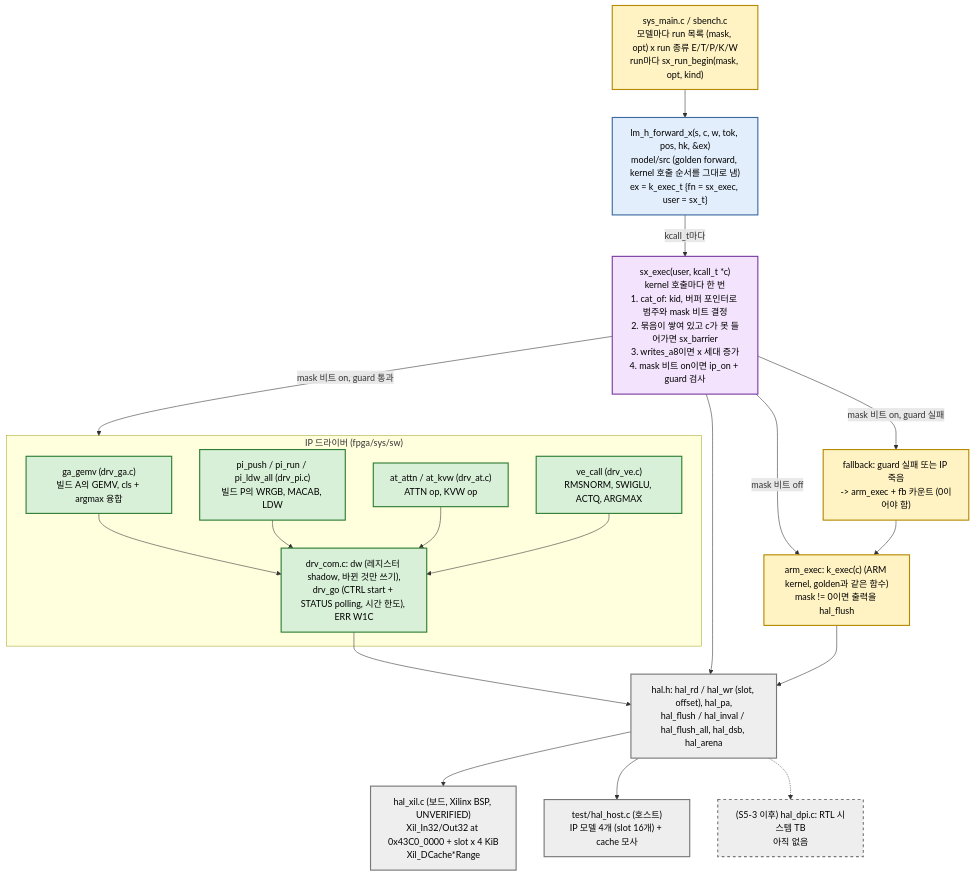
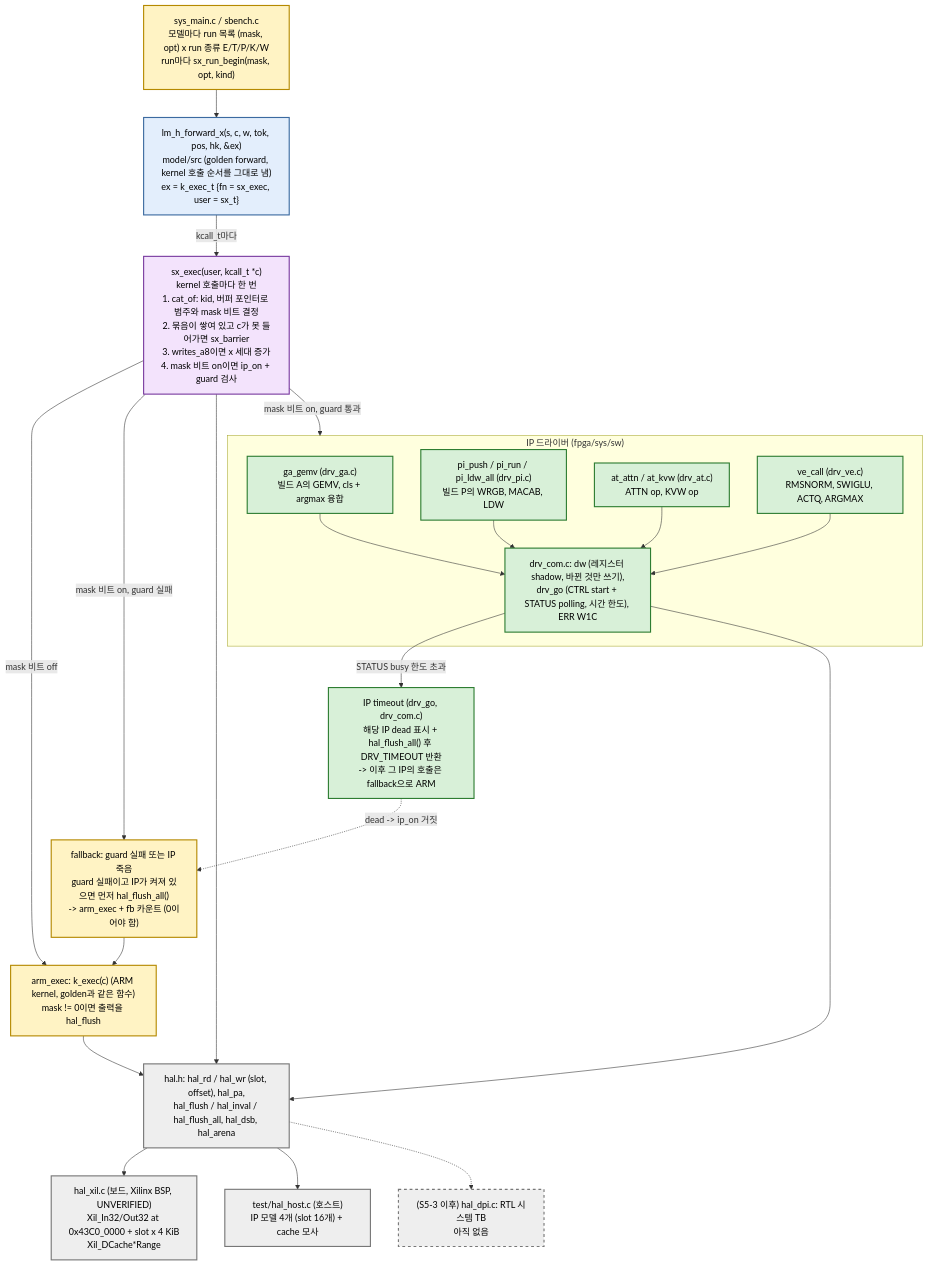
One commit to oerreo/HW_Projects changed the first of 4 diagrams in progress/llm-pim-soc/docs/diagrams/sw_executor.md. Above: the diagram before and after it, drawn with Mermaid. The commit also changed other lines of this file and 115 other files, not shown here.

Commit message:
docs: system TB run table, executor cache rule, nand-ecc plan diagram, log sync

````diff
--- a/progress/llm-pim-soc/docs/diagrams/sw_executor.md
+++ b/progress/llm-pim-soc/docs/diagrams/sw_executor.md
@@ -9,48 +9,51 @@
 ```mermaid
 flowchart TD
     main["sys_main.c / sbench.c<br/>모델마다 run 목록 (mask, opt) x run 종류 E/T/P/K/W<br/>run마다 sx_run_begin(mask, opt, kind)"]:::arm
 
     fwd["lm_h_forward_x(s, c, w, tok, pos, hk, &ex)<br/>model/src (golden forward, kernel 호출 순서를 그대로 냄)<br/>ex = k_exec_t {fn = sx_exec, user = sx_t}"]:::golden
 
     exec["sx_exec(user, kcall_t *c)<br/>kernel 호출마다 한 번<br/>1. cat_of: kid, 버퍼 포인터로 범주와 mask 비트 결정<br/>2. 묶음이 쌓여 있고 c가 못 들어가면 sx_barrier<br/>3. writes_a8이면 x 세대 증가<br/>4. mask 비트 on이면 ip_on + guard 검사"]:::exec
 
     arm_k["arm_exec: k_exec(c) (ARM kernel, golden과 같은 함수)<br/>mask != 0이면 출력을 hal_flush"]:::arm
-    fb["fallback: guard 실패 또는 IP 죽음<br/>-> arm_exec + fb 카운트 (0이어야 함)"]:::arm
+    fb["fallback: guard 실패 또는 IP 죽음<br/>guard 실패이고 IP가 켜져 있으면 먼저 hal_flush_all()<br/>-> arm_exec + fb 카운트 (0이어야 함)"]:::arm
+    tmo["IP timeout (drv_go, drv_com.c)<br/>해당 IP dead 표시 + hal_flush_all() 후 DRV_TIMEOUT 반환<br/>-> 이후 그 IP의 호출은 fallback으로 ARM"]:::drv
 
     subgraph DRV["IP 드라이버 (fpga/sys/sw)"]
         ga["ga_gemv (drv_ga.c)<br/>빌드 A의 GEMV, cls + argmax 융합"]:::drv
         pi["pi_push / pi_run / pi_ldw_all (drv_pi.c)<br/>빌드 P의 WRGB, MACAB, LDW"]:::drv
         at["at_attn / at_kvw (drv_at.c)<br/>ATTN op, KVW op"]:::drv
         ve["ve_call (drv_ve.c)<br/>RMSNORM, SWIGLU, ACTQ, ARGMAX"]:::drv
         com["drv_com.c: dw (레지스터 shadow, 바뀐 것만 쓰기),<br/>drv_go (CTRL start + STATUS polling, 시간 한도), ERR W1C"]:::drv
     end
 
     hal["hal.h: hal_rd / hal_wr (slot, offset), hal_pa,<br/>hal_flush / hal_inval / hal_flush_all, hal_dsb, hal_arena"]:::hal
     xil["hal_xil.c (보드, Xilinx BSP, UNVERIFIED)<br/>Xil_In32/Out32 at 0x43C0_0000 + slot x 4 KiB<br/>Xil_DCache*Range"]:::hal
     host["test/hal_host.c (호스트)<br/>IP 모델 4개 (slot 16개) + cache 모사"]:::hal
     rtl["(S5-3 이후) hal_dpi.c: RTL 시스템 TB<br/>아직 없음"]:::plan
 
     main --> fwd
     fwd -->|"kcall_t마다"| exec
     exec -->|"mask 비트 off"| arm_k
     exec -->|"mask 비트 on, guard 통과"| DRV
     exec -->|"mask 비트 on, guard 실패"| fb
+    com -->|"STATUS busy 한도 초과"| tmo
+    tmo -.->|"dead -> ip_on 거짓"| fb
     fb --> arm_k
     ga --> com
     pi --> com
     at --> com
     ve --> com
     com --> hal
     exec --> hal
     arm_k --> hal
     hal --> xil
     hal --> host
     hal -.-> rtl
 
     classDef arm fill:#fff3c4,stroke:#b58900,stroke-width:2px,color:#000
     classDef golden fill:#e3eefc,stroke:#3b6aa0,stroke-width:2px,color:#000
     classDef exec fill:#f3e3fc,stroke:#7a3ba0,stroke-width:2px,color:#000
     classDef drv fill:#d8f0d8,stroke:#2e7d32,stroke-width:2px,color:#000
     classDef hal fill:#eeeeee,stroke:#777777,stroke-width:2px,color:#000
     classDef plan fill:#eeeeee,stroke:#777777,stroke-width:2px,stroke-dasharray:5 5,color:#000
 ```
````
